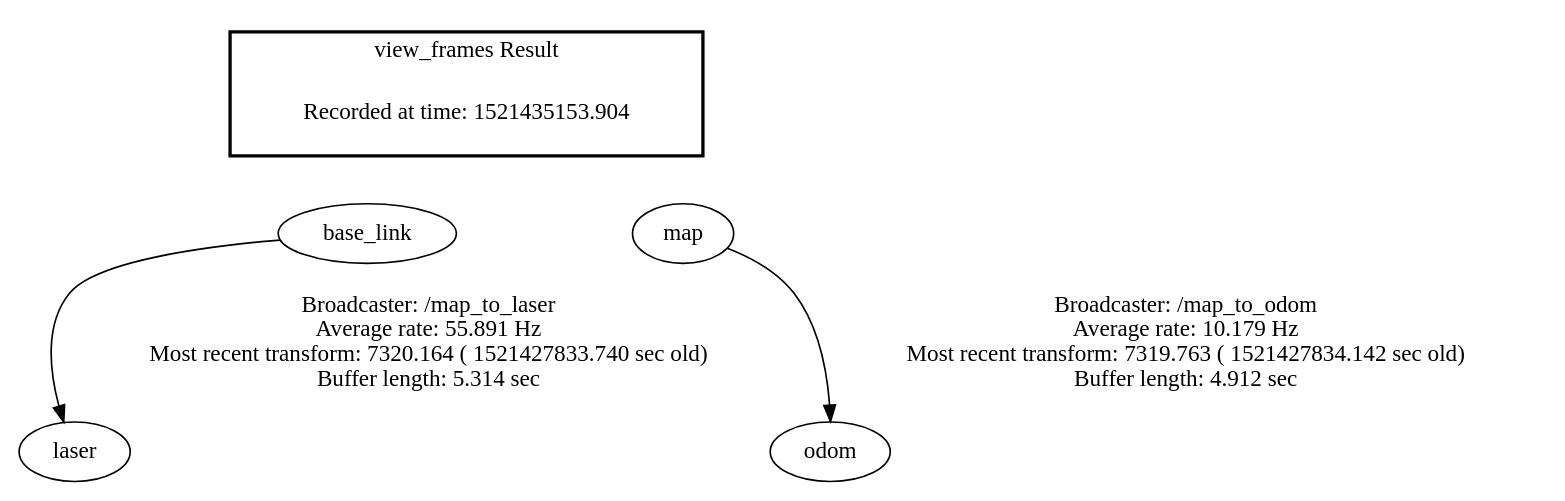
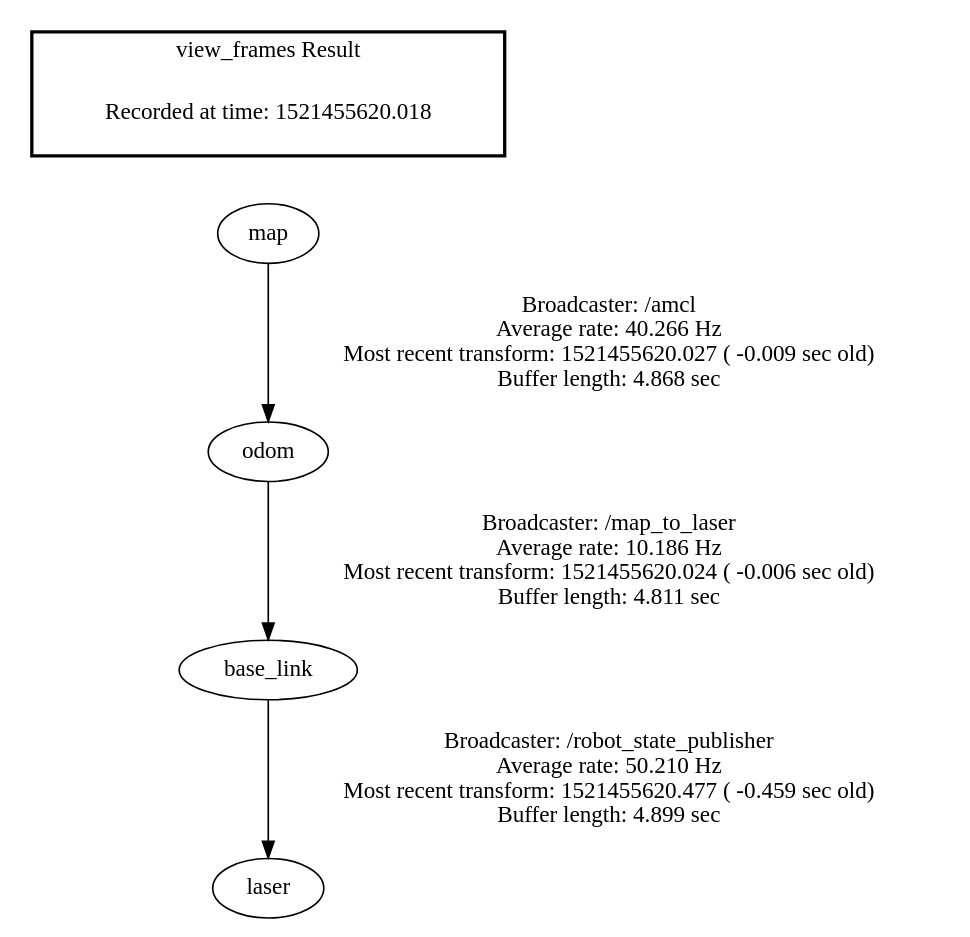
One commit to lingfei93/agv changed the diagram in src/taobot_link/launch/frames.gv. Above: the diagram before and after it, drawn with Graphviz. The commit also changed 2 other files, not shown here.

```diff
--- a/src/taobot_link/launch/frames.gv
+++ b/src/taobot_link/launch/frames.gv
@@ -1,12 +1,9 @@
 digraph G {
-"base_link" -> "laser"[label="Broadcaster: /map_to_laser\nAverage rate: 55.891 Hz\nMost recent transform: 7320.164 ( 1521427833.740 sec old)\nBuffer length: 5.314 sec\n"];
-"map" -> "odom"[label="Broadcaster: /map_to_odom\nAverage rate: 10.179 Hz\nMost recent transform: 7319.763 ( 1521427834.142 sec old)\nBuffer length: 4.912 sec\n"];
+"base_link" -> "laser"[label="Broadcaster: /robot_state_publisher\nAverage rate: 50.210 Hz\nMost recent transform: 1521455620.477 ( -0.459 sec old)\nBuffer length: 4.899 sec\n"];
+"odom" -> "base_link"[label="Broadcaster: /map_to_laser\nAverage rate: 10.186 Hz\nMost recent transform: 1521455620.024 ( -0.006 sec old)\nBuffer length: 4.811 sec\n"];
+"map" -> "odom"[label="Broadcaster: /amcl\nAverage rate: 40.266 Hz\nMost recent transform: 1521455620.027 ( -0.009 sec old)\nBuffer length: 4.868 sec\n"];
 edge [style=invis];
  subgraph cluster_legend { style=bold; color=black; label ="view_frames Result";
-"Recorded at time: 1521435153.904"[ shape=plaintext ] ;
- }->"base_link";
-edge [style=invis];
- subgraph cluster_legend { style=bold; color=black; label ="view_frames Result";
-"Recorded at time: 1521435153.904"[ shape=plaintext ] ;
+"Recorded at time: 1521455620.018"[ shape=plaintext ] ;
  }->"map";
 }
```
